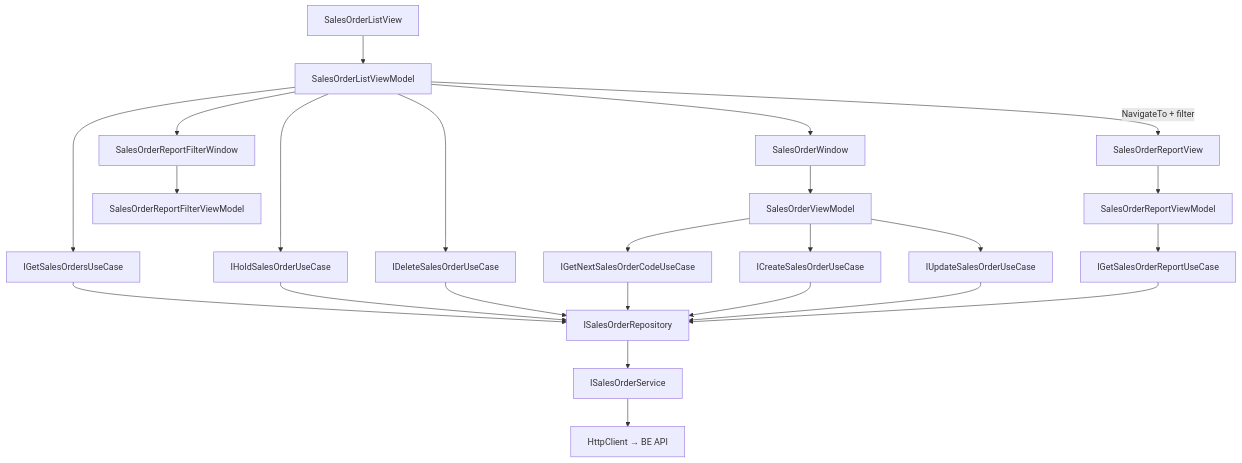
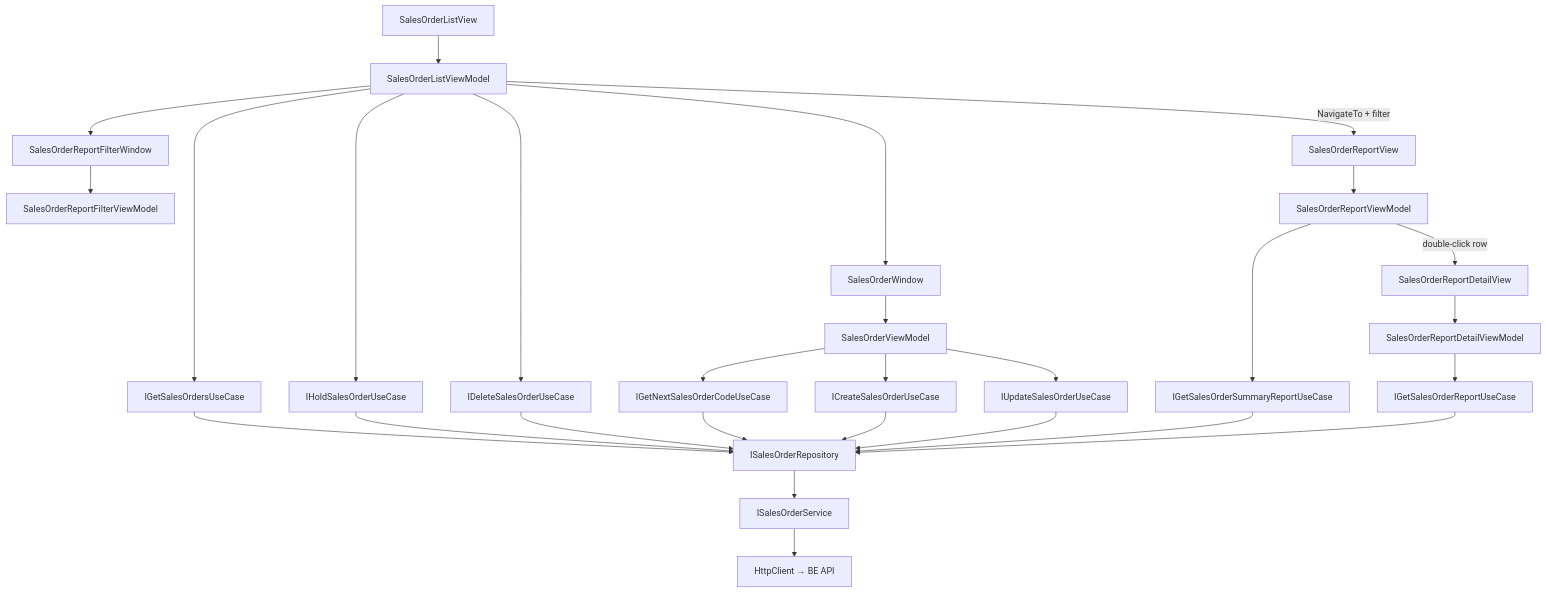
The diagram in src/DesktopLamour/Features/HomePage/Sales/docs/sales.md (haiphan5289/desktop-lamour), drawn with Mermaid before and after one commit. The commit also changed other lines of this file and 173 other files, not shown here.

````diff
--- a/src/DesktopLamour/Features/HomePage/Sales/docs/sales.md
+++ b/src/DesktopLamour/Features/HomePage/Sales/docs/sales.md
@@ -153,26 +179,30 @@
 ```mermaid
 graph TD
     A[SalesOrderListView] --> B[SalesOrderListViewModel]
     B --> C[IGetSalesOrdersUseCase]
     B --> Ho[IHoldSalesOrderUseCase]
     B --> F[IDeleteSalesOrderUseCase]
     B --> W[SalesOrderWindow]
     W --> VM[SalesOrderViewModel]
     VM --> N[IGetNextSalesOrderCodeUseCase]
     VM --> D[ICreateSalesOrderUseCase]
     VM --> E[IUpdateSalesOrderUseCase]
     B --> RFW[SalesOrderReportFilterWindow]
     RFW --> RFVM[SalesOrderReportFilterViewModel]
     B -- NavigateTo + filter --> RV[SalesOrderReportView]
     RV --> RVM[SalesOrderReportViewModel]
-    RVM --> Re[IGetSalesOrderReportUseCase]
+    RVM --> Sum[IGetSalesOrderSummaryReportUseCase]
+    RVM -- double-click row --> RDV[SalesOrderReportDetailView]
+    RDV --> RDVM[SalesOrderReportDetailViewModel]
+    RDVM --> Re[IGetSalesOrderReportUseCase]
     C --> J[ISalesOrderRepository]
     Ho --> J
     F --> J
     N --> J
     D --> J
     E --> J
+    Sum --> J
     Re --> J
     J --> K[ISalesOrderService]
     K --> L[HttpClient → BE API]
 ```
````
